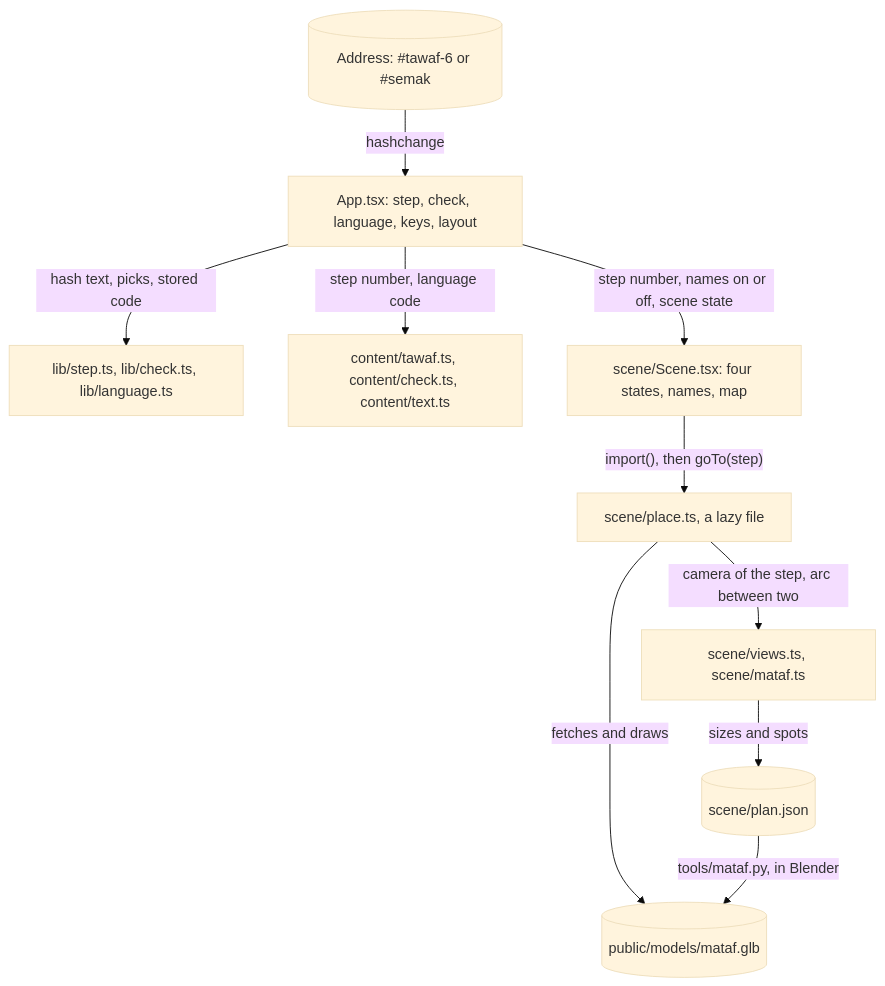
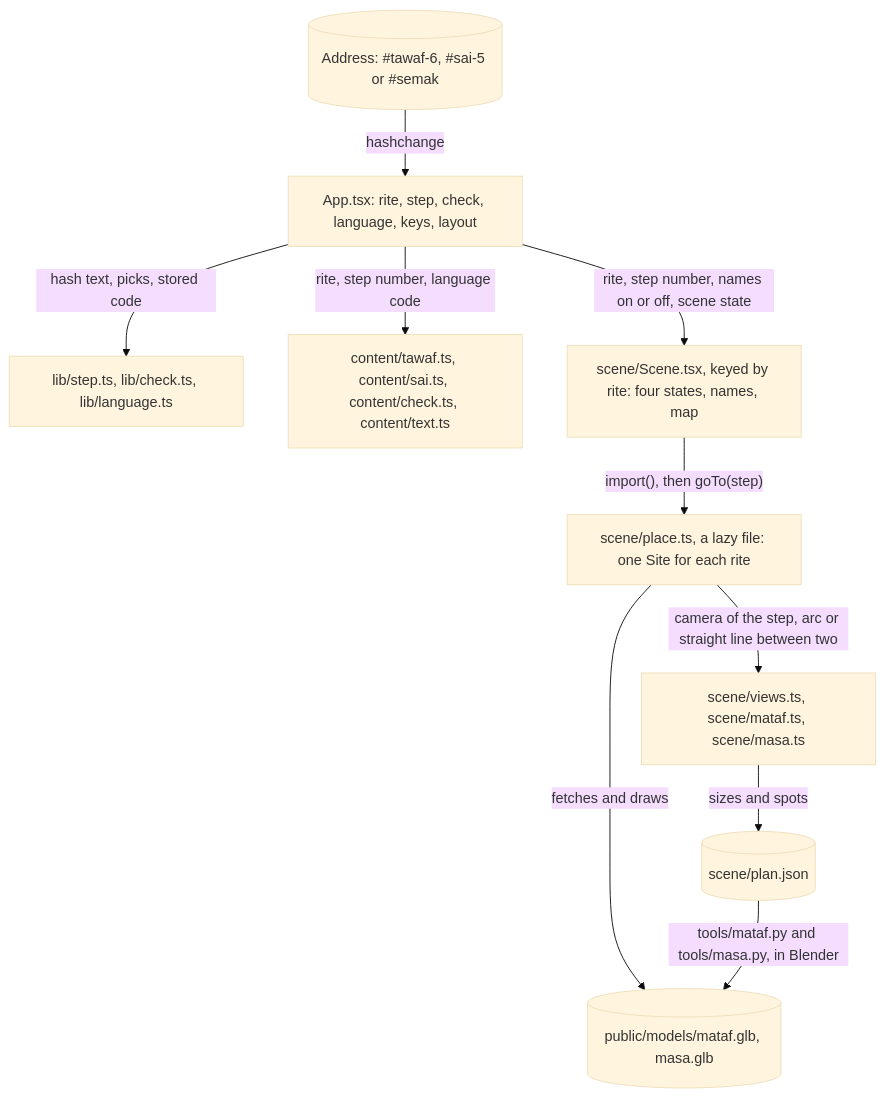
One commit to dzaffren/isfar changed the second of 2 diagrams in docs/ARCHITECTURE.md. Above: the diagram before and after it, drawn with Mermaid (base theme). The commit also changed other lines of this file and 34 other files, not shown here.

````diff
--- a/docs/ARCHITECTURE.md
+++ b/docs/ARCHITECTURE.md
@@ -16,21 +16,21 @@
 ```mermaid
 flowchart TB
-    HASH[("Address: #tawaf-6 or #semak")]
-    APP["App.tsx: step, check, language, keys, layout"]
+    HASH[("Address: #tawaf-6, #sai-5 or #semak")]
+    APP["App.tsx: rite, step, check, language, keys, layout"]
     LIB["lib/step.ts, lib/check.ts, lib/language.ts"]
-    TEXT["content/tawaf.ts, content/check.ts, content/text.ts"]
-    SCENE["scene/Scene.tsx: four states, names, map"]
-    PLACE["scene/place.ts, a lazy file"]
-    VIEWS["scene/views.ts, scene/mataf.ts"]
+    TEXT["content/tawaf.ts, content/sai.ts, content/check.ts, content/text.ts"]
+    SCENE["scene/Scene.tsx, keyed by rite: four states, names, map"]
+    PLACE["scene/place.ts, a lazy file: one Site for each rite"]
+    VIEWS["scene/views.ts, scene/mataf.ts, scene/masa.ts"]
     PLAN[("scene/plan.json")]
-    GLB[("public/models/mataf.glb")]
+    GLB[("public/models/mataf.glb, masa.glb")]
     HASH -- "hashchange" --> APP
     APP -- "hash text, picks, stored code" --> LIB
-    APP -- "step number, language code" --> TEXT
-    APP -- "step number, names on or off, scene state" --> SCENE
+    APP -- "rite, step number, language code" --> TEXT
+    APP -- "rite, step number, names on or off, scene state" --> SCENE
     SCENE -- "import(), then goTo(step)" --> PLACE
-    PLACE -- "camera of the step, arc between two" --> VIEWS
+    PLACE -- "camera of the step, arc or straight line between two" --> VIEWS
     VIEWS -- "sizes and spots" --> PLAN
     PLACE -- "fetches and draws" --> GLB
-    PLAN -- "tools/mataf.py, in Blender" --> GLB
+    PLAN -- "tools/mataf.py and tools/masa.py, in Blender" --> GLB
 ```
````
